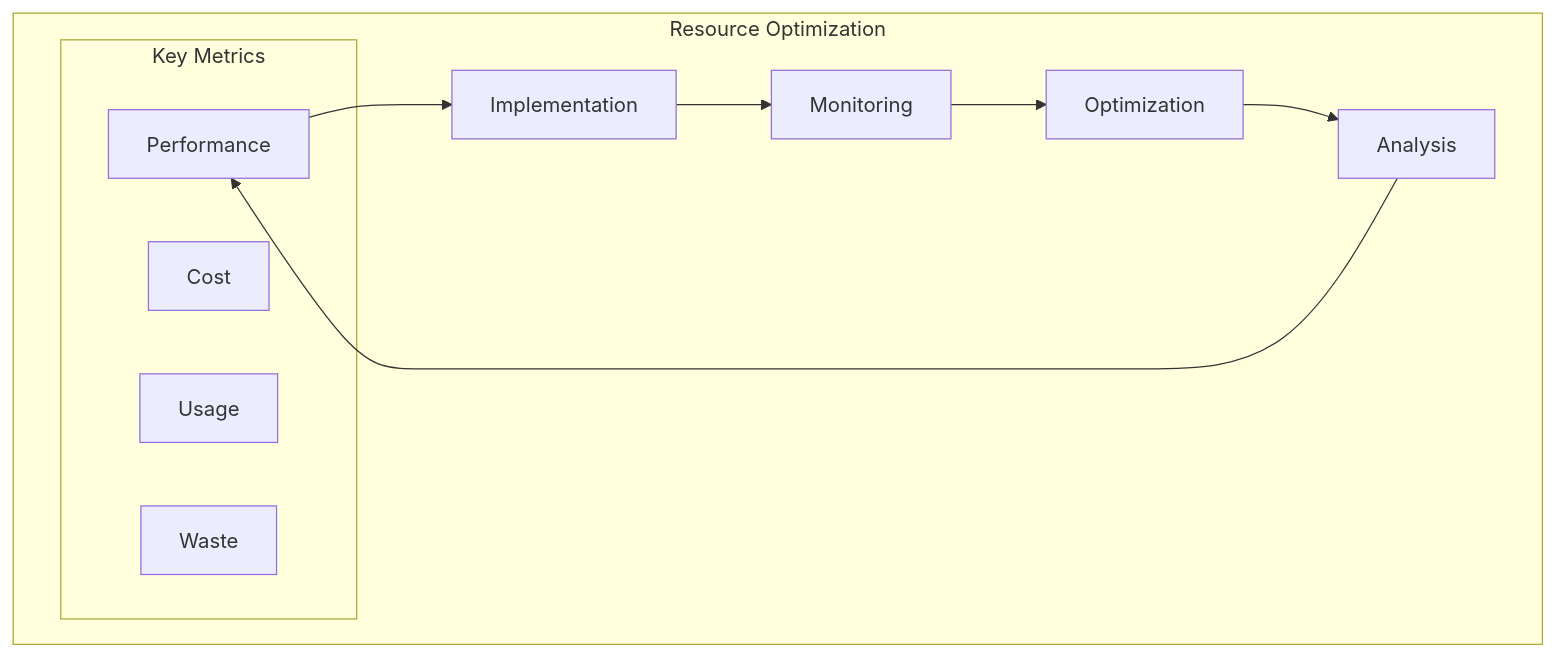
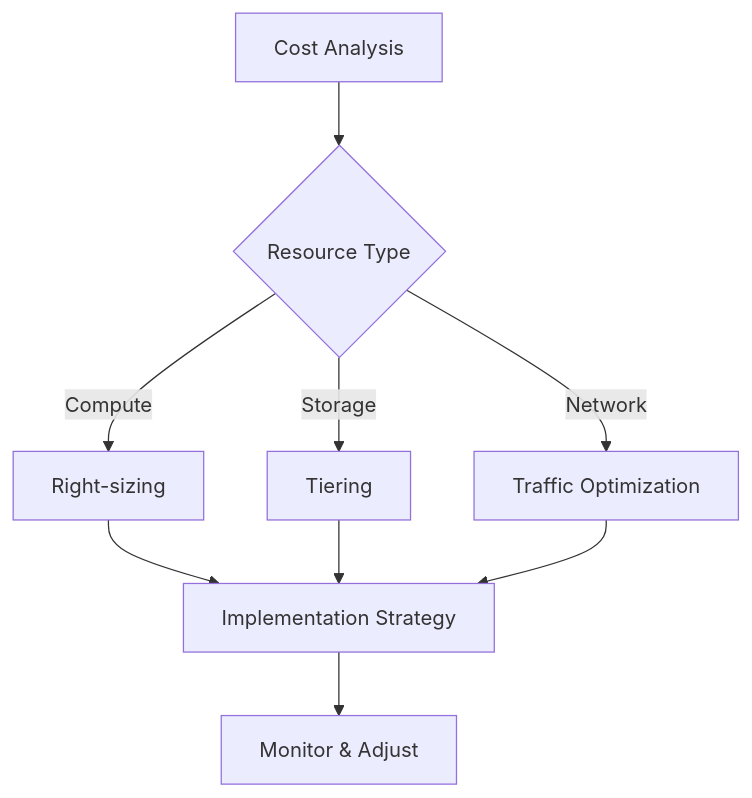
One commit to saravanakumarrc/Architecture_Journey changed the first of 3 diagrams in src/Cost_Optimization_Strategies.md. Above: the diagram before and after it, drawn with Mermaid. The commit also changed other lines of this file and 2 other files, not shown here.

Commit message:
Add comprehensive documentation for Service Discovery Patterns, including core patterns, comparison matrix, architectural decision framework, health check patterns, integration strategies, and operational considerations.

````diff
--- a/src/Cost_Optimization_Strategies.md
+++ b/src/Cost_Optimization_Strategies.md
@@ -33,17 +5,13 @@
 ```mermaid
-graph TB
-    subgraph "Resource Optimization"
-        A[Analysis] --> P[Planning]
-        P --> I[Implementation]
-        I --> M[Monitoring]
-        M --> O[Optimization]
-        O --> A
-        
-        subgraph "Key Metrics"
-            C[Cost]
-            U[Usage]
-            P[Performance]
-            W[Waste]
-        end
-    end
+flowchart TD
+    A[Cost Analysis] --> B{Resource Type}
+    B -->|Compute| C[Right-sizing]
+    B -->|Storage| D[Tiering]
+    B -->|Network| E[Traffic Optimization]
+    
+    C --> F[Implementation Strategy]
+    D --> F
+    E --> F
+    
+    F --> G[Monitor & Adjust]
 ```
````
